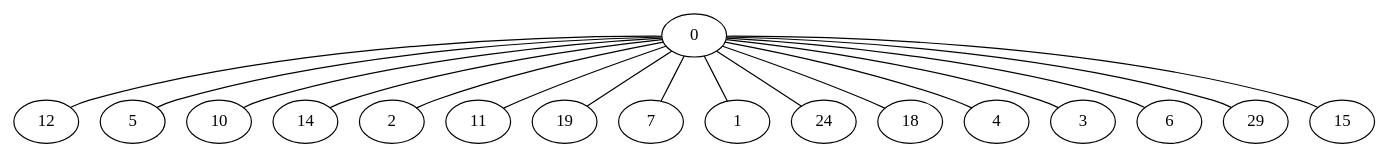
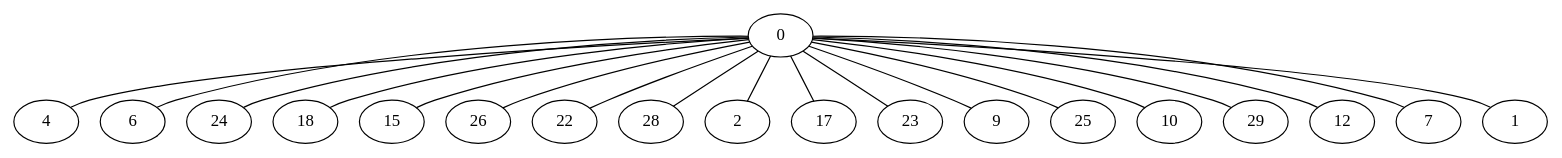
The diagram in BFS_DFS/geochicoDFS.gv (JulioHaro93/GraphsModels), drawn with Graphviz before and after one commit. The commit also changed 17 other files, not shown here.

```diff
--- a/BFS_DFS/geochicoDFS.gv
+++ b/BFS_DFS/geochicoDFS.gv
@@ -1,18 +1,20 @@
 graph G {
+  0 -- 4;
+  0 -- 6;
+  0 -- 24;
+  0 -- 18;
+  0 -- 15;
+  0 -- 26;
+  0 -- 22;
+  0 -- 28;
+  0 -- 2;
+  0 -- 17;
+  0 -- 23;
+  0 -- 9;
+  0 -- 25;
+  0 -- 10;
+  0 -- 29;
   0 -- 12;
-  0 -- 5;
-  0 -- 10;
-  0 -- 14;
-  0 -- 2;
-  0 -- 11;
-  0 -- 19;
   0 -- 7;
   0 -- 1;
-  0 -- 24;
-  0 -- 18;
-  0 -- 4;
-  0 -- 3;
-  0 -- 6;
-  0 -- 29;
-  0 -- 15;
 }
```
